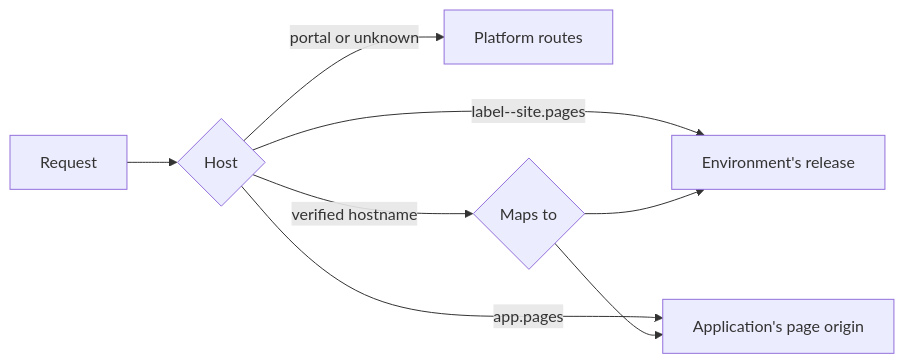
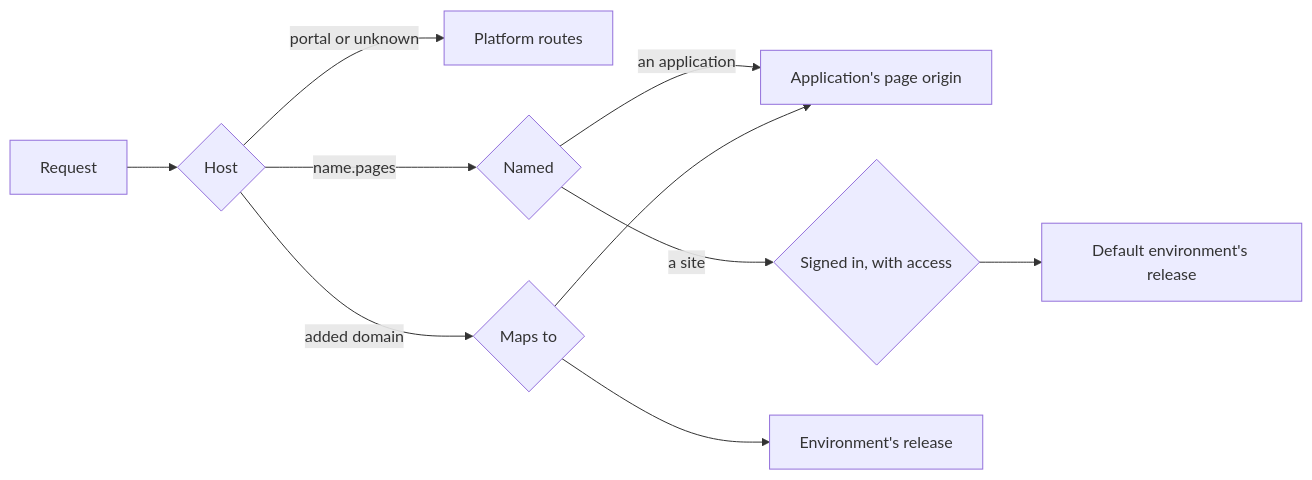
Before and after one commit to txn2/mcp-data-platform: the diagram in docs/server/sites.md, drawn with Mermaid. The commit also changed other lines of this file and 148 other files, not shown here.

````diff
--- a/docs/server/sites.md
+++ b/docs/server/sites.md
@@ -55,10 +79,12 @@
 ```mermaid
 flowchart LR
   R[Request] --> H{Host}
   H -- "portal or unknown" --> P[Platform routes]
-  H -- "label--site.pages" --> S[Environment's release]
-  H -- "app.pages" --> A[Application's page origin]
-  H -- "verified hostname" --> V{Maps to}
-  V --> S
+  H -- "name.pages" --> N{Named}
+  N -- "an application" --> A[Application's page origin]
+  N -- "a site" --> G{Signed in, with access}
+  G --> S[Default environment's release]
+  H -- "added domain" --> V{Maps to}
+  V --> E[Environment's release]
   V --> A
 ```
````
